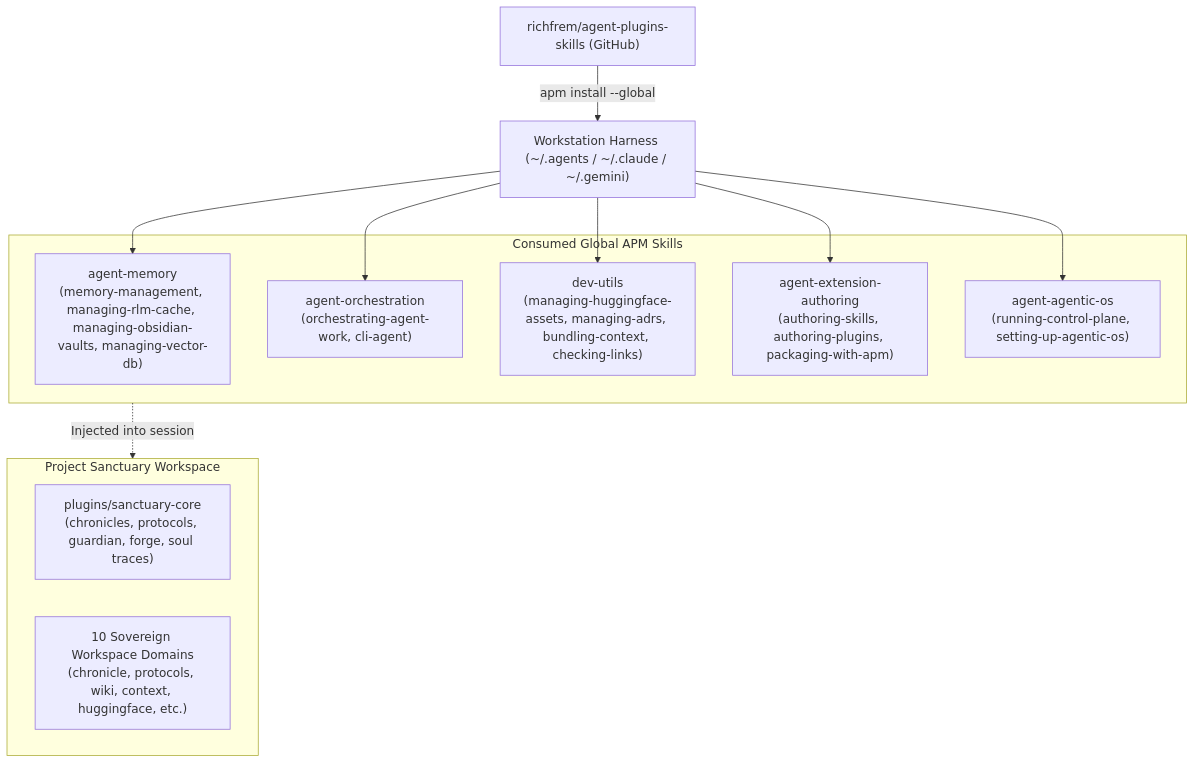
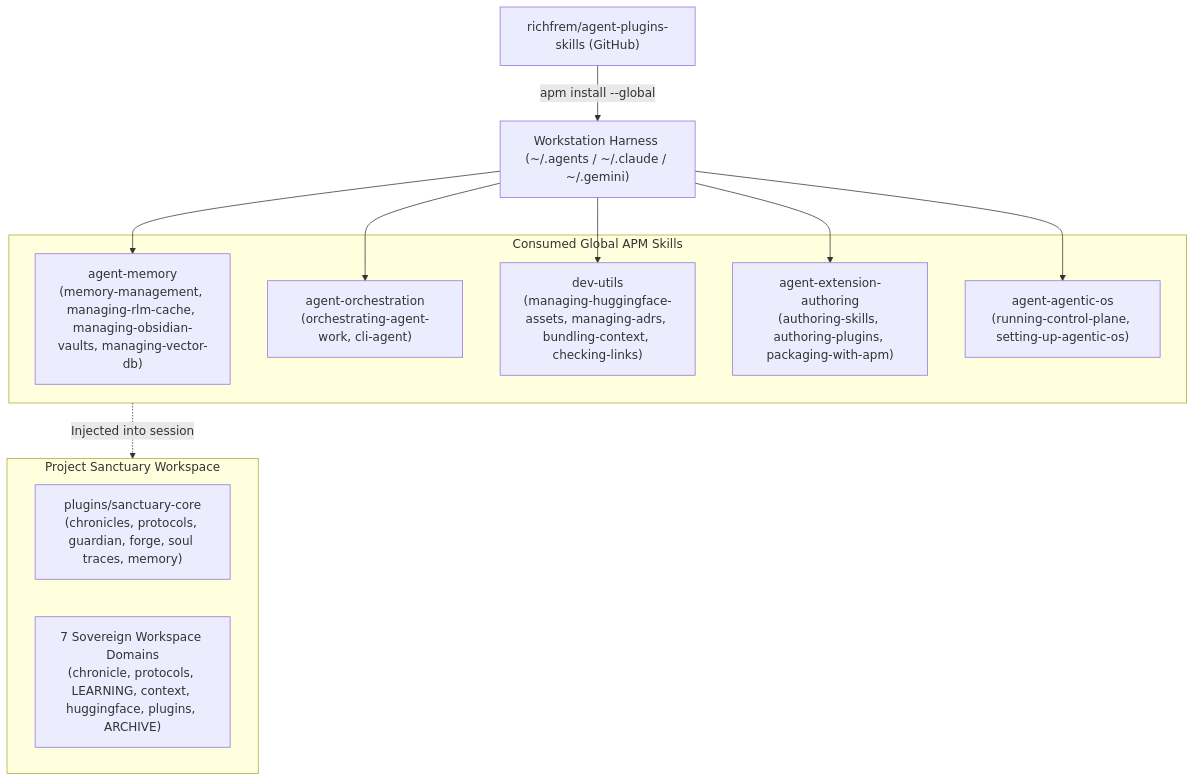
The first of 2 diagrams in architecture.md (richfrem/Project_Sanctuary), drawn with Mermaid before and after one commit. The commit also changed other lines of this file and 86 other files, not shown here.

Commit message:
refactor(architecture): consolidate sovereign domains, archive legacy root files, untrack local harnesses, and update memory architecture

````diff
--- a/architecture.md
+++ b/architecture.md
@@ -23,25 +23,25 @@
 ```mermaid
 graph TD
     Upstream["richfrem/agent-plugins-skills (GitHub)"] -->|apm install --global| Workstation["Workstation Harness (~/.agents / ~/.claude / ~/.gemini)"]
     
     subgraph GlobalSkills["Consumed Global APM Skills"]
         AM["agent-memory<br/>(memory-management, managing-rlm-cache, managing-obsidian-vaults, managing-vector-db)"]
         AO["agent-orchestration<br/>(orchestrating-agent-work, cli-agent)"]
         DU["dev-utils<br/>(managing-huggingface-assets, managing-adrs, bundling-context, checking-links)"]
         AEA["agent-extension-authoring<br/>(authoring-skills, authoring-plugins, packaging-with-apm)"]
         AOS["agent-agentic-os<br/>(running-control-plane, setting-up-agentic-os)"]
     end
     
     Workstation --> AM
     Workstation --> AO
     Workstation --> DU
     Workstation --> AEA
     Workstation --> AOS
 
     subgraph Sanctuary["Project Sanctuary Workspace"]
-        Core["plugins/sanctuary-core<br/>(chronicles, protocols, guardian, forge, soul traces)"]
-        Domains["10 Sovereign Workspace Domains<br/>(chronicle, protocols, wiki, context, huggingface, etc.)"]
+        Core["plugins/sanctuary-core<br/>(chronicles, protocols, guardian, forge, soul traces, memory)"]
+        Domains["7 Sovereign Workspace Domains<br/>(chronicle, protocols, LEARNING, context, huggingface, plugins, ARCHIVE)"]
     end
 
     GlobalSkills -.->|Injected into session| Sanctuary
 ```
````
